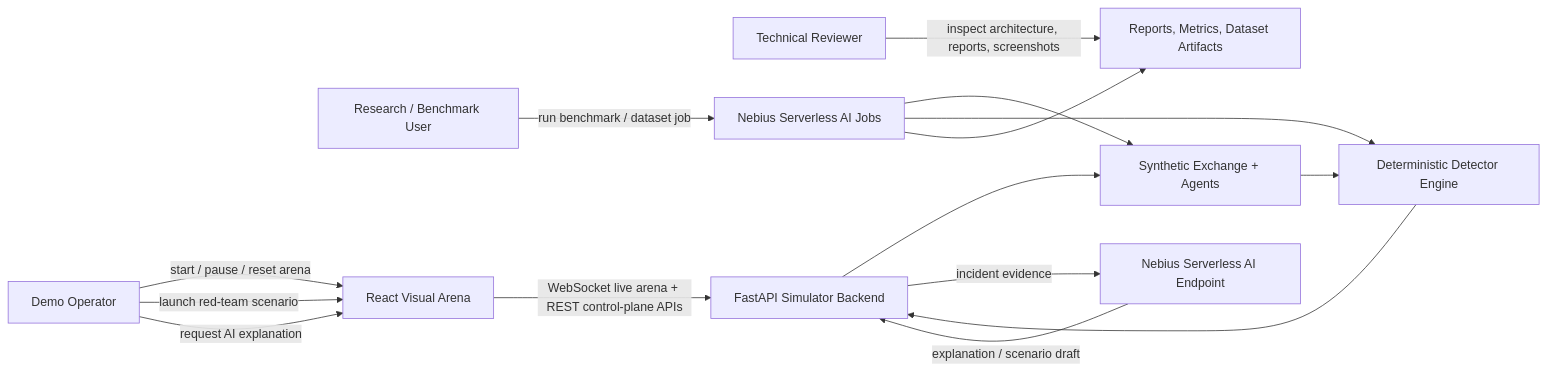
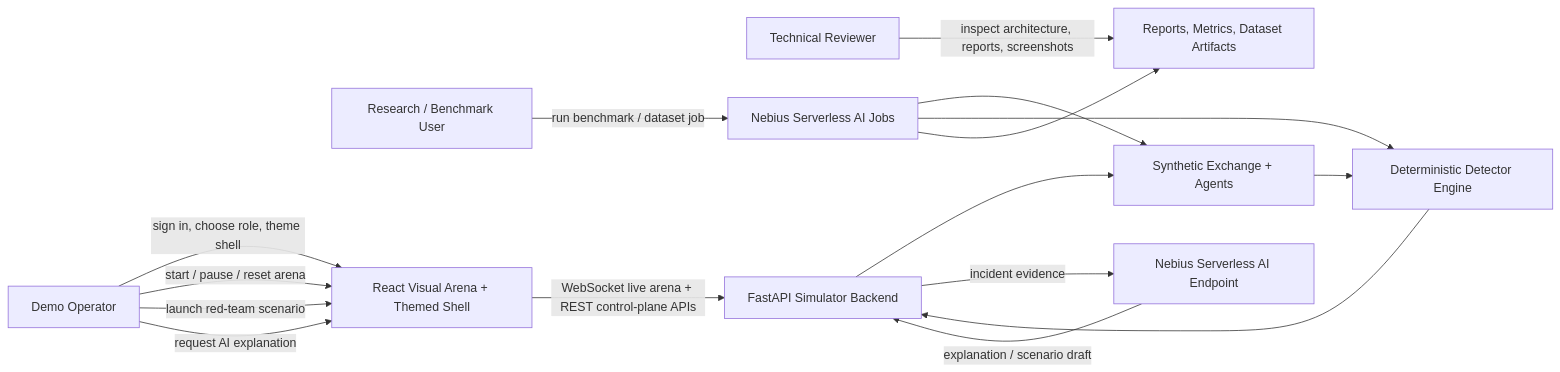
The second of 12 diagrams in docs/USE_CASES.md (khab40/aimada), drawn with Mermaid before and after one commit. The commit also changed other lines of this file and 34 other files, not shown here.

````diff
--- a/docs/USE_CASES.md
+++ b/docs/USE_CASES.md
@@ -71,28 +73,29 @@
 ```mermaid
 graph LR
     Operator["Demo Operator"]
     Reviewer["Technical Reviewer"]
     Researcher["Research / Benchmark User"]
-    UI["React Visual Arena"]
+    UI["React Visual Arena + Themed Shell"]
     Backend["FastAPI Simulator Backend"]
     Simulation["Synthetic Exchange + Agents"]
     Detectors["Deterministic Detector Engine"]
     NebiusEndpoint["Nebius Serverless AI Endpoint"]
     NebiusJobs["Nebius Serverless AI Jobs"]
     Artifacts["Reports, Metrics, Dataset Artifacts"]
 
+    Operator -->|"sign in, choose role, theme shell"| UI
     Operator -->|"start / pause / reset arena"| UI
     Operator -->|"launch red-team scenario"| UI
     Operator -->|"request AI explanation"| UI
     UI -->|"WebSocket live arena + REST control-plane APIs"| Backend
     Backend --> Simulation
     Simulation --> Detectors
     Detectors --> Backend
     Backend -->|"incident evidence"| NebiusEndpoint
     NebiusEndpoint -->|"explanation / scenario draft"| Backend
     Researcher -->|"run benchmark / dataset job"| NebiusJobs
     NebiusJobs --> Simulation
     NebiusJobs --> Detectors
     NebiusJobs --> Artifacts
     Reviewer -->|"inspect architecture, reports, screenshots"| Artifacts
 ```
````
